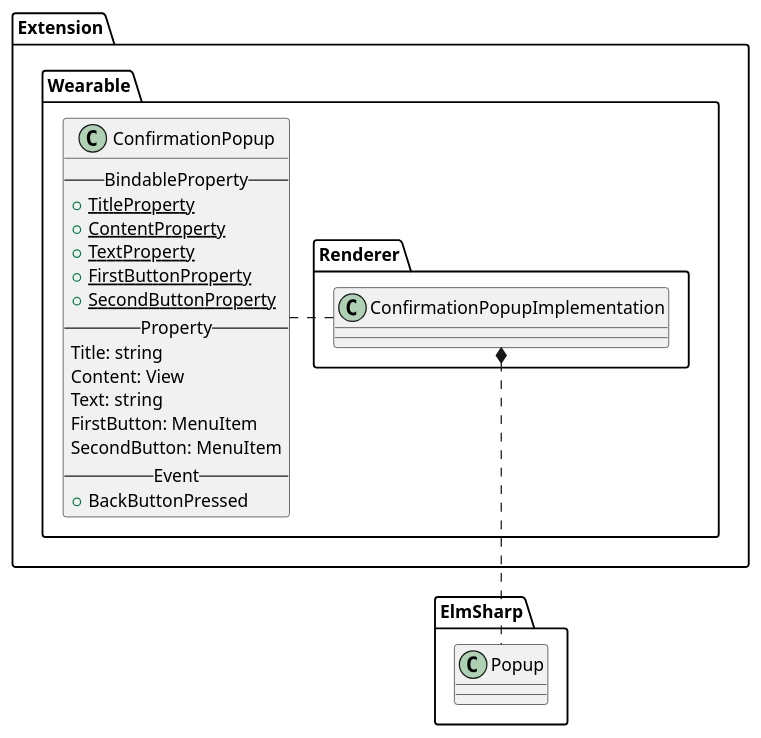
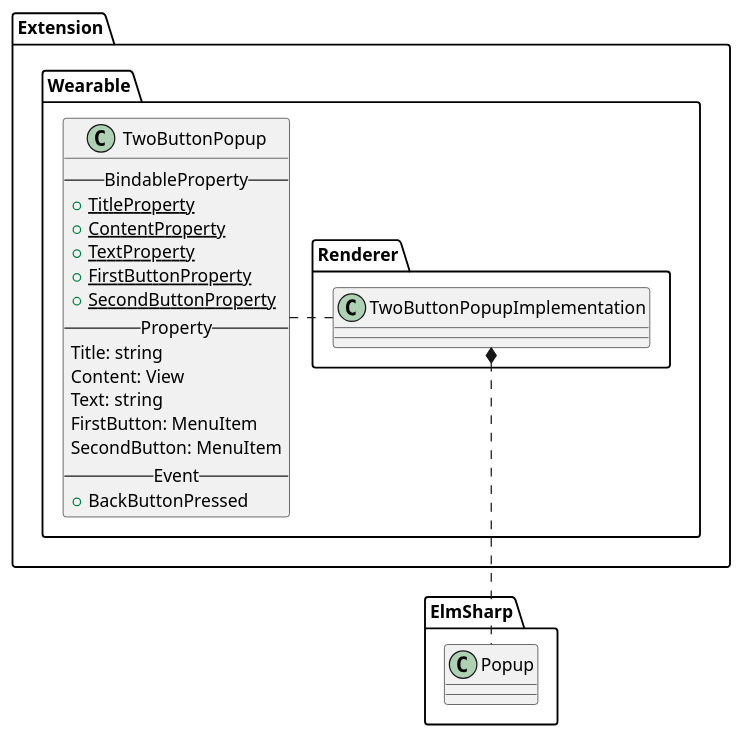
One commit to Samsung/Tizen.CircularUI changed diagram 16 of 19 in doc/design/uml/CirclePage.wsd. Above: the diagram before and after it, drawn with PlantUML. The commit also changed other lines of this file and 19 other files, not shown here.

Commit message:
Rename from ConfirmationPopup to TwoButtonPopup

```diff
--- a/doc/design/uml/CirclePage.wsd
+++ b/doc/design/uml/CirclePage.wsd
@@ -488,33 +488,33 @@
-@startuml ConfirmationPopup.png
+@startuml TwoButtonPopup.png
 
 package "Extension.Wearable" {
-    class ConfirmationPopup {
+    class TwoButtonPopup {
         --BindableProperty--
         {static} +TitleProperty
         {static} +ContentProperty
         {static} +TextProperty
         {static} +FirstButtonProperty
         {static} +SecondButtonProperty
         --Property--
         Title: string
         Content: View
         Text: string
         FirstButton: MenuItem
         SecondButton: MenuItem
         --Event--
         +BackButtonPressed
     }
 }
 
 package "Extension.Wearable.Renderer" {
-    class ConfirmationPopupImplementation
+    class TwoButtonPopupImplementation
 
-    ConfirmationPopupImplementation .l. ConfirmationPopup
+    TwoButtonPopupImplementation .l. TwoButtonPopup
 }
 
 package "ElmSharp" {
     class Popup
-    ConfirmationPopupImplementation *.. Popup
+    TwoButtonPopupImplementation *.. Popup
 }
 
 @enduml
```
